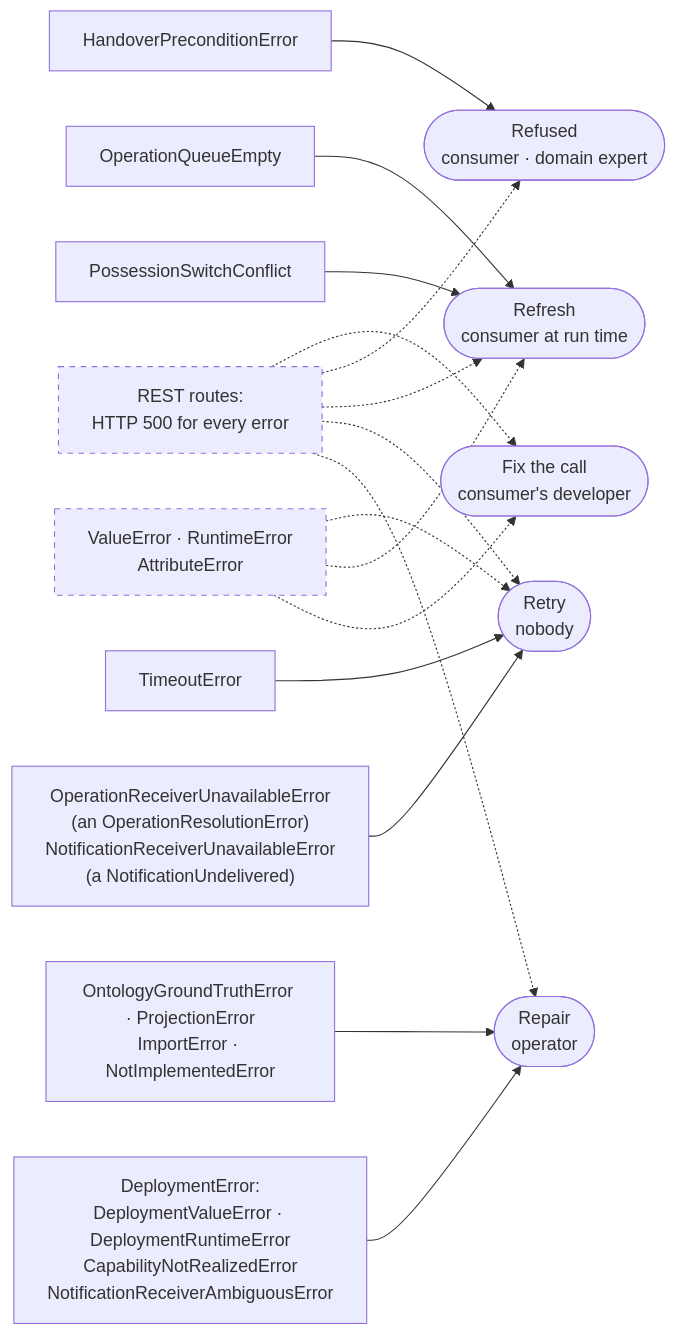
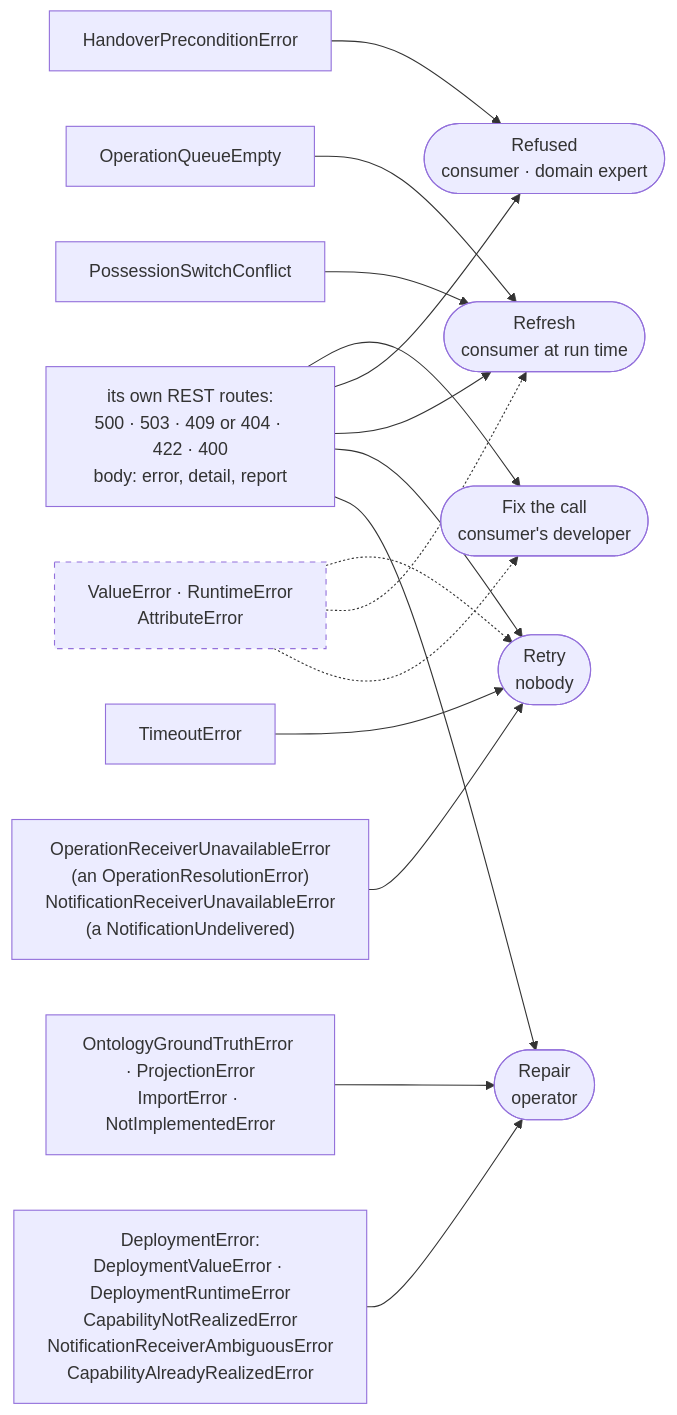
Before and after one commit to circularfactory/kapps_semantic_middleware: the third of 3 diagrams in docs/site/errors.md, drawn with Mermaid. The commit also changed other lines of this file and 81 other files, not shown here.

````diff
--- a/docs/site/errors.md
+++ b/docs/site/errors.md
@@ -93,30 +94,30 @@
 ```{mermaid}
 flowchart LR
   K1["HandoverPreconditionError"]
   K2["PossessionSwitchConflict"]
   K3["OperationQueueEmpty"]
   K4["OperationReceiverUnavailableError<br/>(an OperationResolutionError)<br/>NotificationReceiverUnavailableError<br/>(a NotificationUndelivered)"]
-  K5["DeploymentError:<br/>DeploymentValueError · DeploymentRuntimeError<br/>CapabilityNotRealizedError<br/>NotificationReceiverAmbiguousError"]
+  K5["DeploymentError:<br/>DeploymentValueError · DeploymentRuntimeError<br/>CapabilityNotRealizedError<br/>NotificationReceiverAmbiguousError<br/>CapabilityAlreadyRealizedError"]
   K6["TimeoutError"]
   K7["OntologyGroundTruthError · ProjectionError<br/>ImportError · NotImplementedError"]
   K8["ValueError · RuntimeError<br/>AttributeError"]
-  K9["REST routes:<br/>HTTP 500 for every error"]
+  K9["its own REST routes:<br/>500 · 503 · 409 or 404 · 422 · 400<br/>body: error, detail, report"]
   RE(["Repair<br/>operator"])
   RT(["Retry<br/>nobody"])
   RF(["Refresh<br/>consumer at run time"])
   NO(["Refused<br/>consumer · domain expert"])
   FX(["Fix the call<br/>consumer's developer"])
 
   K1 --> NO
   K2 --> RF
   K3 --> RF
   K4 --> RT
   K5 --> RE
   K6 --> RT
   K7 --> RE
   K8 -.-> FX & RF & RT
-  K9 -.-> RE & RT & RF & NO & FX
+  K9 --> RE & RT & RF & NO & FX
 
   classDef gap stroke-dasharray: 5 5
-  class K8,K9 gap
+  class K8 gap
 ```
````
